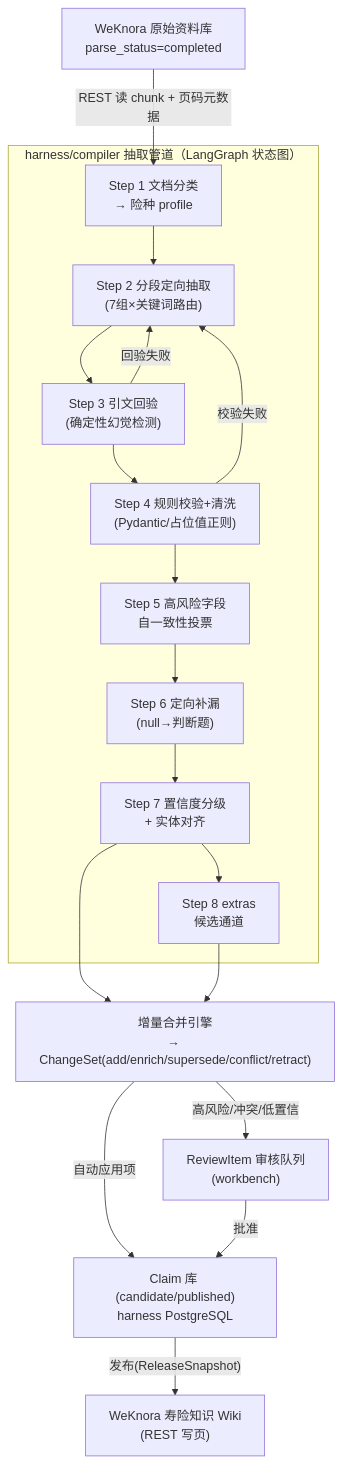
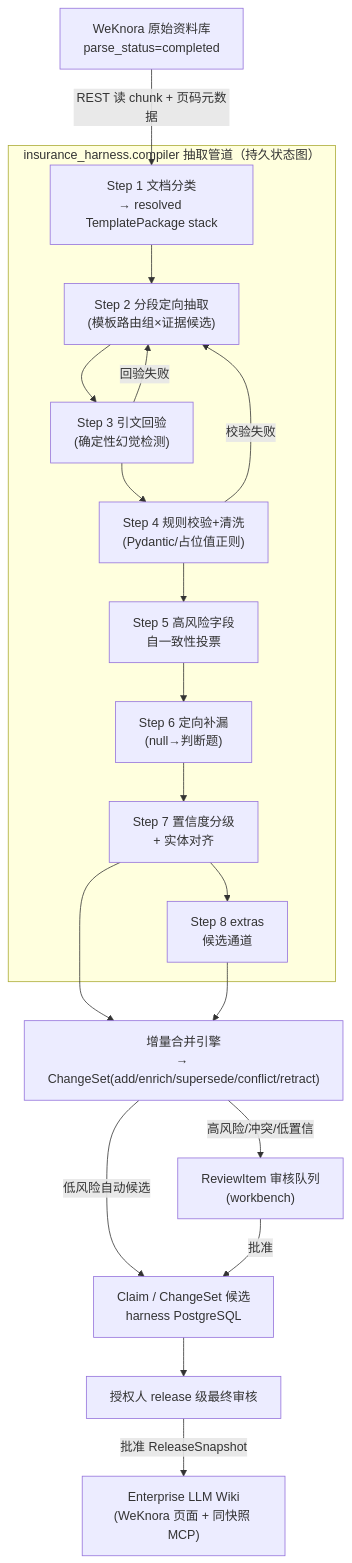
Before and after one commit to PA-ALG/InsuranceKB-WeKnora: the diagram in docs/insurance-kb/04-extraction-harness.md, drawn with Mermaid. The commit also changed other lines of this file and 81 other files, not shown here.

Commit message:
docs: establish enterprise LLM wiki MVP roadmap

````diff
--- a/docs/insurance-kb/04-extraction-harness.md
+++ b/docs/insurance-kb/04-extraction-harness.md
@@ -32,23 +35,24 @@
 ```mermaid
 flowchart TD
     W0["WeKnora 原始资料库<br/>parse_status=completed"] -->|"REST 读 chunk + 页码元数据"| S1
 
-    subgraph P["harness/compiler 抽取管道（LangGraph 状态图）"]
-        S1["Step 1 文档分类<br/>→ 险种 profile"] --> S2["Step 2 分段定向抽取<br/>(7组×关键词路由)"]
+    subgraph P["insurance_harness.compiler 抽取管道（持久状态图）"]
+        S1["Step 1 文档分类<br/>→ resolved TemplatePackage stack"] --> S2["Step 2 分段定向抽取<br/>(模板路由组×证据候选)"]
         S2 --> S3["Step 3 引文回验<br/>(确定性幻觉检测)"]
         S3 -->|"回验失败"| S2
         S3 --> S4["Step 4 规则校验+清洗<br/>(Pydantic/占位值正则)"]
         S4 -->|"校验失败"| S2
         S4 --> S5["Step 5 高风险字段<br/>自一致性投票"]
         S5 --> S6["Step 6 定向补漏<br/>(null→判断题)"]
         S6 --> S7["Step 7 置信度分级<br/>+ 实体对齐"]
         S7 --> S8["Step 8 extras<br/>候选通道"]
     end
 
     S7 --> M["增量合并引擎<br/>→ ChangeSet(add/enrich/supersede/conflict/retract)"]
     S8 --> M
-    M -->|"自动应用项"| C["Claim 库 (candidate/published)<br/>harness PostgreSQL"]
+    M -->|"低风险自动候选"| C["Claim / ChangeSet 候选<br/>harness PostgreSQL"]
     M -->|"高风险/冲突/低置信"| R["ReviewItem 审核队列<br/>(workbench)"]
     R -->|"批准"| C
-    C -->|"发布(ReleaseSnapshot)"| W2["WeKnora 寿险知识 Wiki<br/>(REST 写页)"]
+    C --> A["授权人 release 级最终审核"]
+    A -->|"批准 ReleaseSnapshot"| W2["Enterprise LLM Wiki<br/>(WeKnora 页面 + 同快照 MCP)"]
 ```
````
